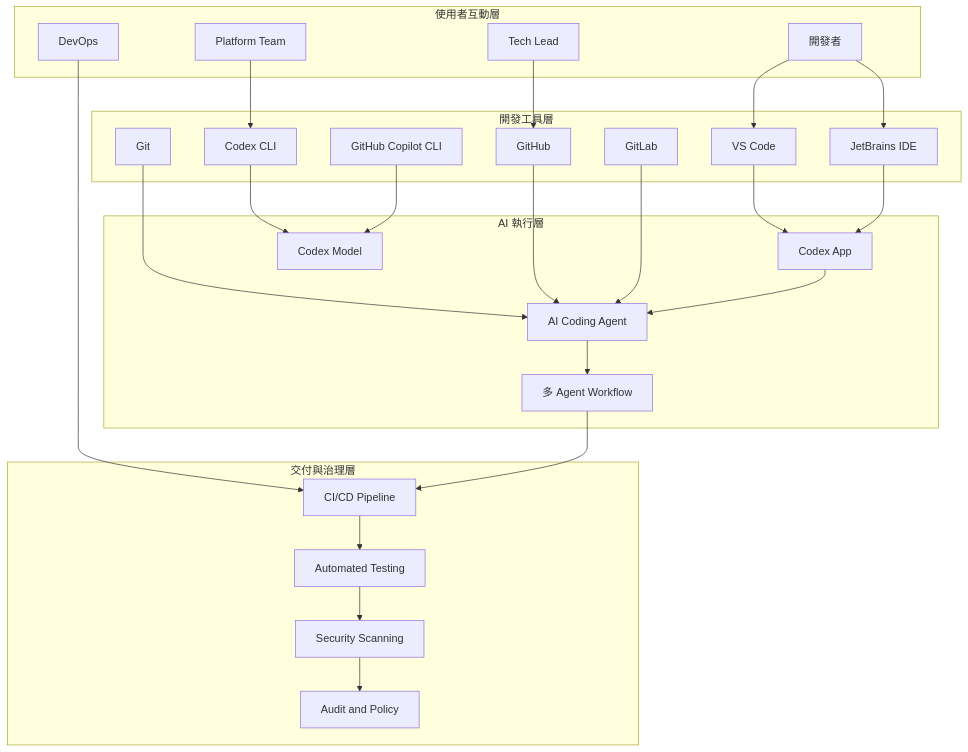
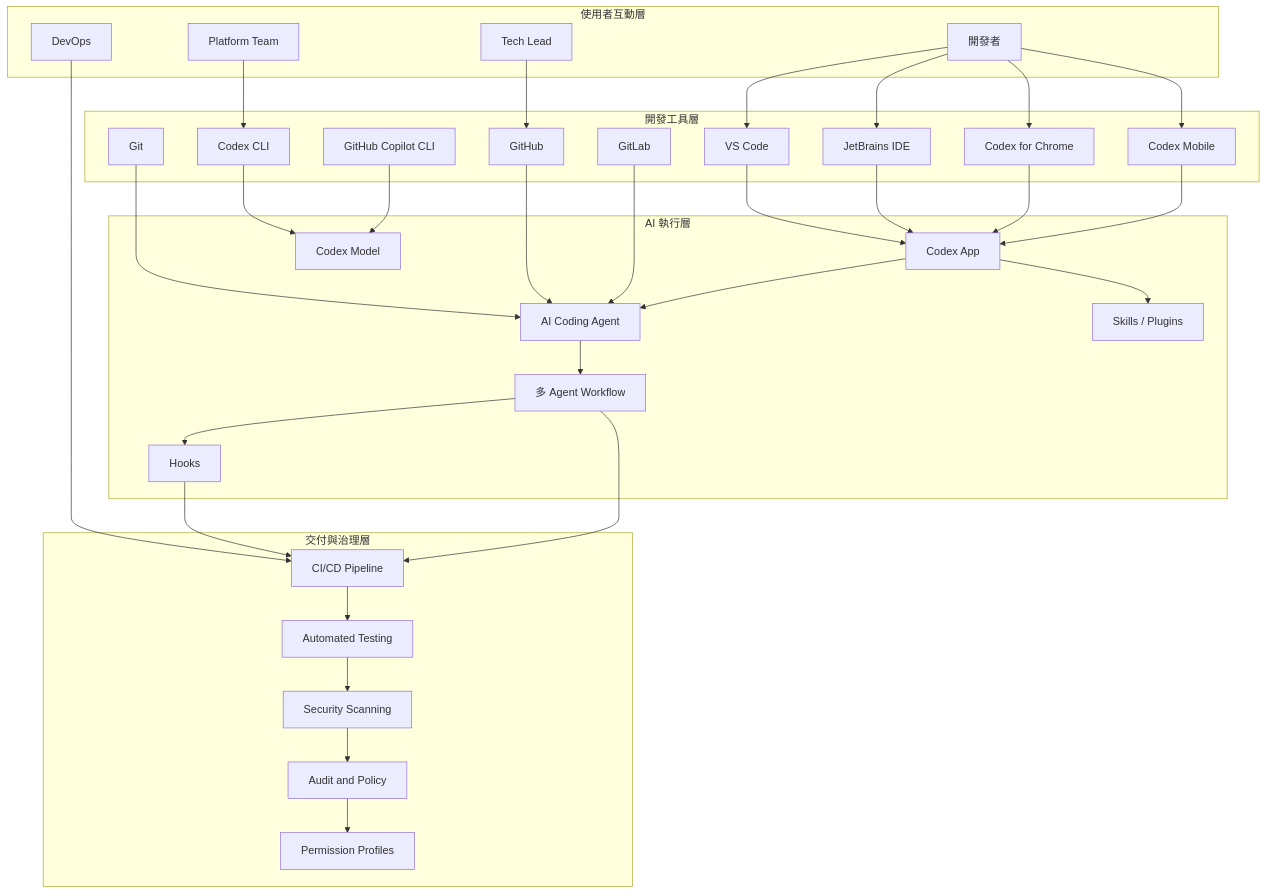
The first of 22 diagrams in content/posts/教學/AI開發/OpenAI Codex生態系教學手冊.md (chihhung/Blog), drawn with Mermaid before and after one commit. The commit also changed other lines of this file and 4 other files, not shown here.

````diff
--- a/content/posts/教學/AI開發/OpenAI Codex生態系教學手冊.md
+++ b/content/posts/教學/AI開發/OpenAI Codex生態系教學手冊.md
@@ -575,52 +598,65 @@
 ```mermaid
 graph TB
     subgraph 使用者互動層
         U1[開發者]
         U2[Tech Lead]
         U3[Platform Team]
         U4[DevOps]
     end
 
     subgraph 開發工具層
         I1[VS Code]
         I2[JetBrains IDE]
         C1[Codex CLI]
         C2[GitHub Copilot CLI]
         G1[Git]
         G2[GitHub]
         G3[GitLab]
+        CR[Codex for Chrome]
+        MB[Codex Mobile]
     end
 
     subgraph AI 執行層
         A1[Codex App]
         A2[Codex Model]
         A3[AI Coding Agent]
         A4[多 Agent Workflow]
+        SK[Skills / Plugins]
+        HK[Hooks]
     end
 
     subgraph 交付與治理層
         D1[CI/CD Pipeline]
         D2[Automated Testing]
         D3[Security Scanning]
         D4[Audit and Policy]
+        PP[Permission Profiles]
     end
 
     U1 --> I1
     U1 --> I2
+    U1 --> CR
+    U1 --> MB
     U2 --> G2
     U3 --> C1
     U4 --> D1
     I1 --> A1
     I2 --> A1
+    CR --> A1
+    MB --> A1
     C1 --> A2
     C2 --> A2
     G1 --> A3
     G2 --> A3
     G3 --> A3
     A1 --> A3
+    A1 --> SK
     A3 --> A4
+    A4 --> HK
+    HK --> D1
     A4 --> D1
     D1 --> D2
     D2 --> D3
     D3 --> D4
+    D4 --> PP
 ```
````
